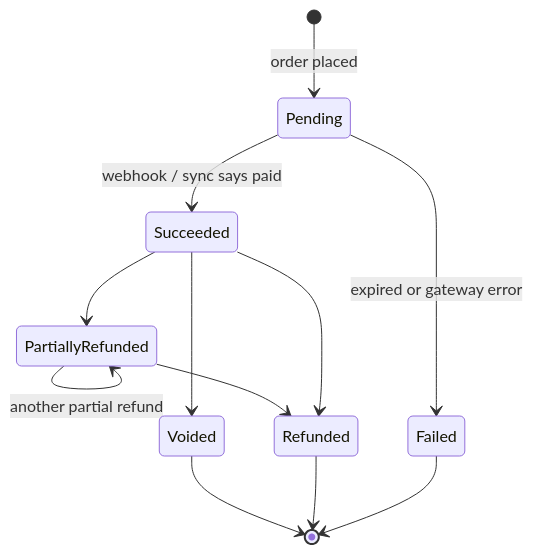
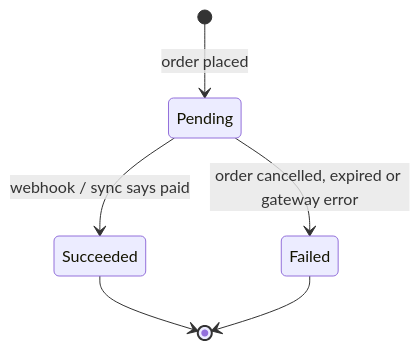
The fifth of 9 diagrams in docs/diagrams.md (nourokbi/audiophile-store), drawn with Mermaid before and after one commit. The commit also changed other lines of this file and 91 other files, not shown here.

````diff
--- a/docs/diagrams.md
+++ b/docs/diagrams.md
@@ -211,14 +210,8 @@
 ```mermaid
 stateDiagram-v2
     [*] --> Pending : order placed
     Pending --> Succeeded : webhook / sync says paid
-    Pending --> Failed : expired or gateway error
-    Succeeded --> PartiallyRefunded
-    Succeeded --> Refunded
-    Succeeded --> Voided
-    PartiallyRefunded --> PartiallyRefunded : another partial refund
-    PartiallyRefunded --> Refunded
+    Pending --> Failed : order cancelled, expired or gateway error
+    Succeeded --> [*]
     Failed --> [*]
-    Refunded --> [*]
-    Voided --> [*]
 ```
````
